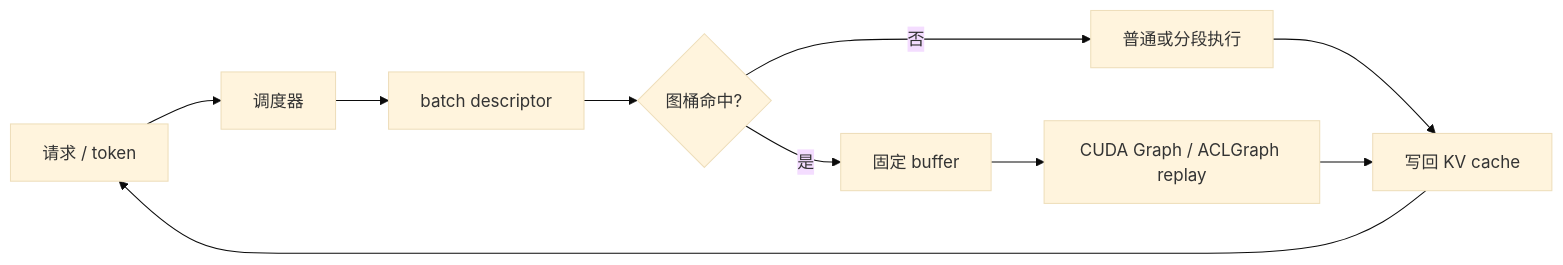
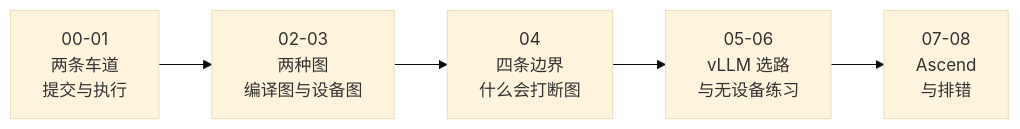
One commit to xingcanlee/infra-note changed the diagram in src/content/posts/vllm-graph/index.md. Above: the diagram before and after it, drawn with Mermaid (base theme). The commit also changed other lines of this file and 201 other files, not shown here.

````diff
--- a/src/content/posts/vllm-graph/index.md
+++ b/src/content/posts/vllm-graph/index.md
@@ -33,12 +24,7 @@
 ```mermaid
 flowchart LR
-  A["请求 / token"] --> B["调度器"]
-  B --> C["batch descriptor"]
-  C --> D{"图桶命中?"}
-  D -->|否| E["普通或分段执行"]
-  D -->|是| F["固定 buffer"]
-  F --> G["CUDA Graph / ACLGraph replay"]
-  E --> H["写回 KV cache"]
-  G --> H
-  H --> A
+  A["00-01<br/>两条车道<br/>提交与执行"] --> B["02-03<br/>两种图<br/>编译图与设备图"]
+  B --> C["04<br/>四条边界<br/>什么会打断图"]
+  C --> D["05-06<br/>vLLM 选路<br/>与无设备练习"]
+  D --> E["07-08<br/>Ascend<br/>与排错"]
 ```
````
